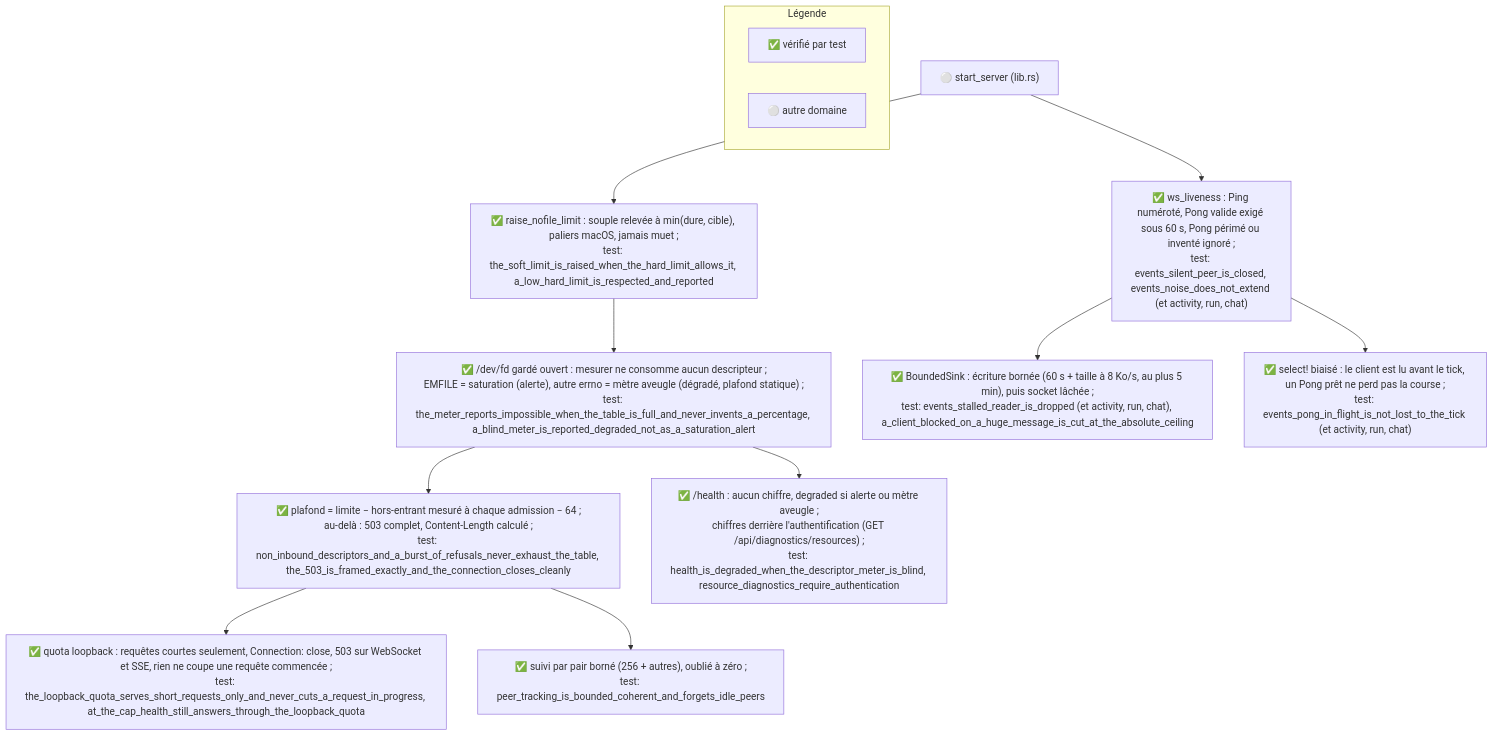
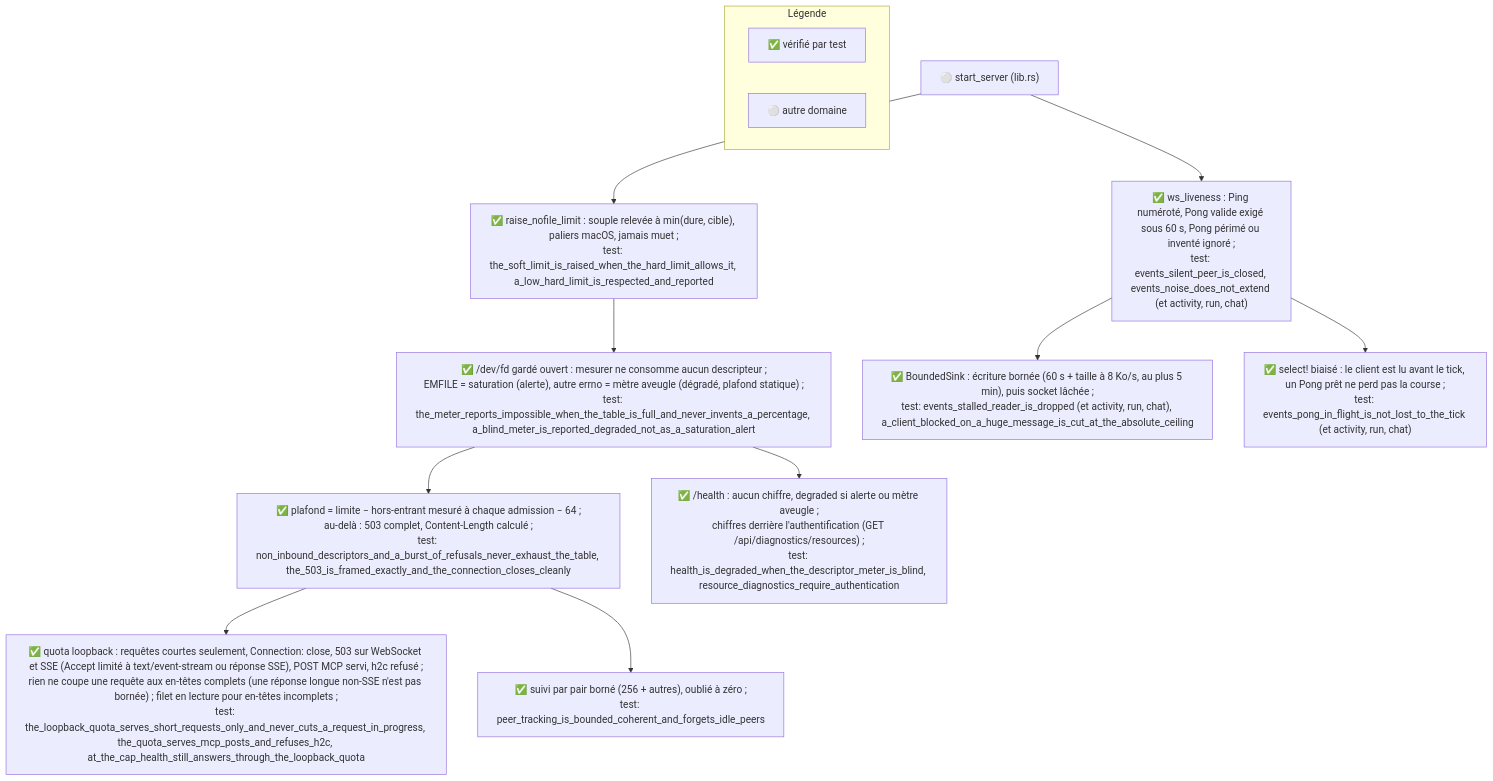
Before and after one commit to this-rs/project-orchestrator: the diagram in docs/diagrams/po-fd-guard.mmd, drawn with Mermaid. The commit also changed 4 other files, not shown here.

First line of the commit message:
fix(fd_guard): POST MCP servi sur le quota, h2c refusé, idle net après lecture, docs

```diff
--- a/docs/diagrams/po-fd-guard.mmd
+++ b/docs/diagrams/po-fd-guard.mmd
@@ -1,48 +1,48 @@
 %% name: po-fd-guard
 %% covers: backend:src/fd_guard.rs backend:src/api/ws_liveness.rs
 %% verified: d7c8198f
 %% ---
 %% PROUVE : ce que le service fait de ses descripteurs de fichiers et de ses sockets WebSocket
 %%   (PR #1269, branche fix/fd-limit) : limite relevée au démarrage, mesure par un /dev/fd gardé
 %%   ouvert, plafond de connexions entrantes dynamique avec 503 complet, quota loopback réservé
 %%   aux requêtes courtes, Pong exigé et écritures bornées sur /ws/chat, /ws/events, /ws/activity,
 %%   /ws/run. Relu contre le code de la branche fix/fd-limit (d7c8198f).
 %% ---
 %% SOURCES LUES :
 %%   src/fd_guard.rs, src/api/ws_liveness.rs, src/lib.rs (start_server), src/api/handlers.rs
 %%   (health, resource_diagnostics), src/api/ws_{chat,handlers,activity,run}_handler.rs,
 %%   tests/fd_limit.rs, src/api/ws_liveness_tests.rs
 %% ---
 %% NON ETABLI :
 %%   la nature des 133 connexions de 192.168.1.42 (ORCHESTRATOR_CONN_STATS sert à l'établir) ;
 %%   que le Pong manquant soit la cause du flap observé (hypothèse) ;
 %%   l'absence d'EMFILE : le plafond réduit le risque, une rafale hors-entrant plus grande que la
 %%   réserve de 64 peut encore en provoquer (test: an_outbound_burst_beyond_the_margin_may_hit_emfile_but_the_service_recovers).
 %% ---
 %% LEGENDE
 %%   ✅ vérifié (le nœud dit par quel test)  ⚪ autre domaine
 
 flowchart TD
     subgraph legend["Légende"]
         direction LR
         L1["✅ vérifié par test"]
         L2["⚪ autre domaine"]
     end
 
     START["⚪ start_server (lib.rs)"]
     RAISE["✅ raise_nofile_limit : souple relevée à min(dure, cible), paliers macOS, jamais muet ;<br/>test: the_soft_limit_is_raised_when_the_hard_limit_allows_it, a_low_hard_limit_is_respected_and_reported"]
     METER["✅ /dev/fd gardé ouvert : mesurer ne consomme aucun descripteur ;<br/>EMFILE = saturation (alerte), autre errno = mètre aveugle (dégradé, plafond statique) ;<br/>test: the_meter_reports_impossible_when_the_table_is_full_and_never_invents_a_percentage, a_blind_meter_is_reported_degraded_not_as_a_saturation_alert"]
     CAP["✅ plafond = limite − hors-entrant mesuré à chaque admission − 64 ;<br/>au-delà : 503 complet, Content-Length calculé ;<br/>test: non_inbound_descriptors_and_a_burst_of_refusals_never_exhaust_the_table, the_503_is_framed_exactly_and_the_connection_closes_cleanly"]
-    QUOTA["✅ quota loopback : requêtes courtes seulement, Connection: close, 503 sur WebSocket et SSE, rien ne coupe une requête commencée ;<br/>test: the_loopback_quota_serves_short_requests_only_and_never_cuts_a_request_in_progress, at_the_cap_health_still_answers_through_the_loopback_quota"]
+    QUOTA["✅ quota loopback : requêtes courtes seulement, Connection: close, 503 sur WebSocket et SSE (Accept limité à text/event-stream ou réponse SSE), POST MCP servi, h2c refusé ;<br/>rien ne coupe une requête aux en-têtes complets (une réponse longue non-SSE n'est pas bornée) ; filet en lecture pour en-têtes incomplets ;<br/>test: the_loopback_quota_serves_short_requests_only_and_never_cuts_a_request_in_progress, the_quota_serves_mcp_posts_and_refuses_h2c, at_the_cap_health_still_answers_through_the_loopback_quota"]
     PEERS["✅ suivi par pair borné (256 + autres), oublié à zéro ;<br/>test: peer_tracking_is_bounded_coherent_and_forgets_idle_peers"]
     HEALTH["✅ /health : aucun chiffre, degraded si alerte ou mètre aveugle ;<br/>chiffres derrière l'authentification (GET /api/diagnostics/resources) ;<br/>test: health_is_degraded_when_the_descriptor_meter_is_blind, resource_diagnostics_require_authentication"]
     LIVE["✅ ws_liveness : Ping numéroté, Pong valide exigé sous 60 s, Pong périmé ou inventé ignoré ;<br/>test: events_silent_peer_is_closed, events_noise_does_not_extend (et activity, run, chat)"]
     SINK["✅ BoundedSink : écriture bornée (60 s + taille à 8 Ko/s, au plus 5 min), puis socket lâchée ;<br/>test: events_stalled_reader_is_dropped (et activity, run, chat), a_client_blocked_on_a_huge_message_is_cut_at_the_absolute_ceiling"]
     RACE["✅ select! biaisé : le client est lu avant le tick, un Pong prêt ne perd pas la course ;<br/>test: events_pong_in_flight_is_not_lost_to_the_tick (et activity, run, chat)"]
 
     START --> RAISE --> METER --> CAP
     CAP --> QUOTA
     CAP --> PEERS
     METER --> HEALTH
     START --> LIVE --> SINK
     LIVE --> RACE
```
